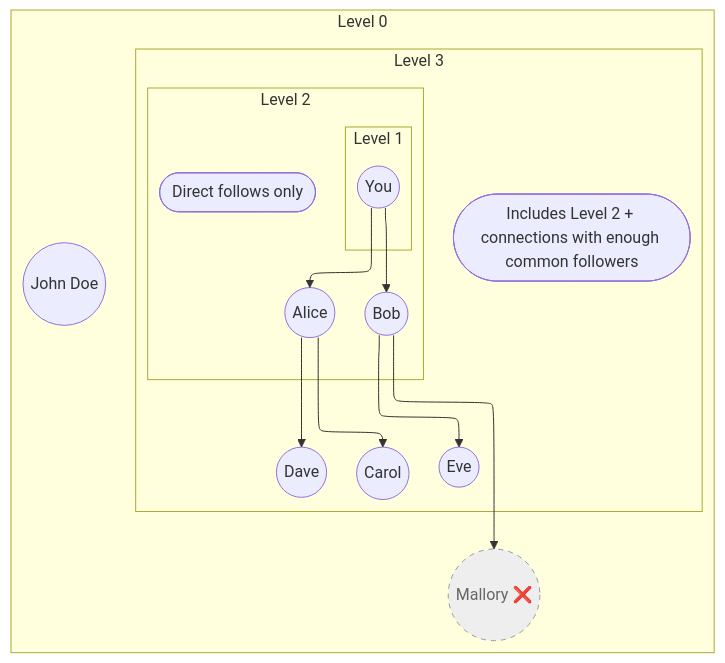
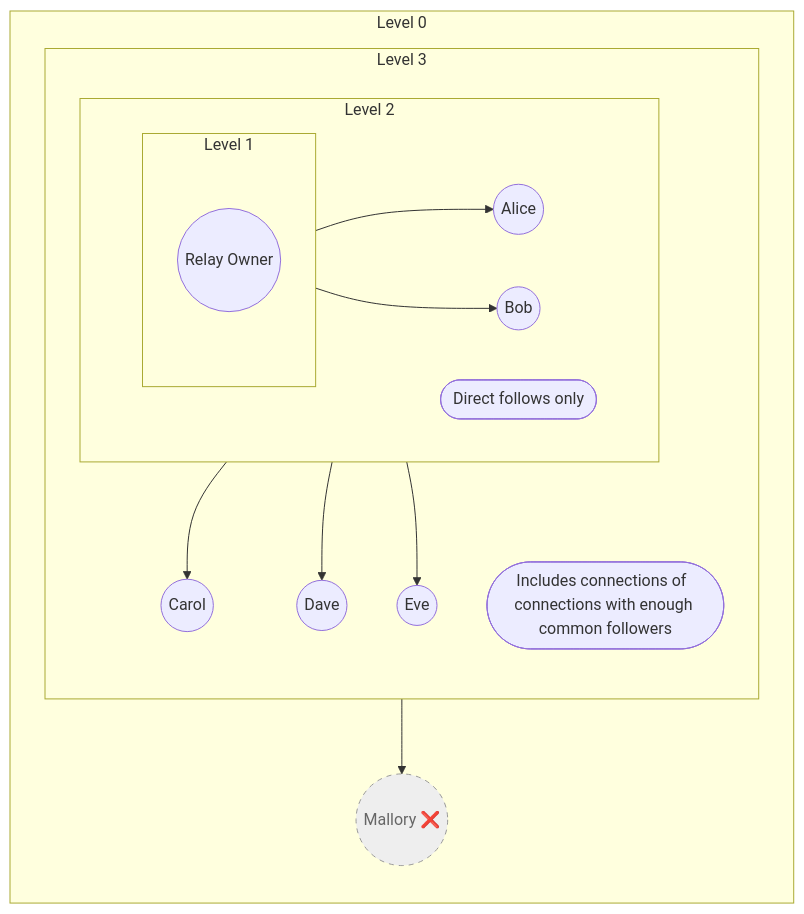
One commit to bitvora/haven changed the diagram in docs/wot.md. Above: the diagram before and after it, drawn with Mermaid.

Commit message:
docs(wot): improvements to mermaid diagram

````diff
--- a/docs/wot.md
+++ b/docs/wot.md
@@ -20,58 +20,56 @@
 ```mermaid
-%%{init: {"theme": "default", "layout": "elk"}}%%
 flowchart TD
 %% -------------------------------
 %% Level 0 — Public
 %% -------------------------------
 subgraph L0["Level 0"]
 direction TB
 
         %% -------------------------------
         %% Level 3 — Connections of Connections
         %% -------------------------------
         subgraph L3["Level 3"]
             direction TB
-            Note3([Includes Level 2 + connections with enough common followers])
+            Note3([Includes connections of  connections with enough common followers])
 
             %% -------------------------------
             %% Level 2 — Direct Connections
             %% -------------------------------
             subgraph L2["Level 2"]
                 direction LR
                 Note2([Direct follows only])
 
                 %% Level 1 — Private
                 subgraph L1["Level 1"]
                     direction TB
-                    You((You))
+                    You((Relay Owner))
                 end
 
                 Alice((Alice))
                 Bob((Bob))
             end
 
             Carol((Carol))
             Dave((Dave))
             Eve((Eve))
         end
 
         Mallory((Mallory ❌))
-        John((John Doe))
     end
 
     %% -------------------------------
     %% Relationships
     %% -------------------------------
     You --> Alice
     You --> Bob
     Alice --> Carol
     Alice --> Dave
     Bob --> Eve
     Bob --> Mallory
 
     %% -------------------------------
     %% Styling for excluded nodes
     %% -------------------------------
     classDef excluded fill:#eee,stroke:#999,stroke-dasharray: 5 5,color:#666;
     class Mallory excluded;
 ```
````
